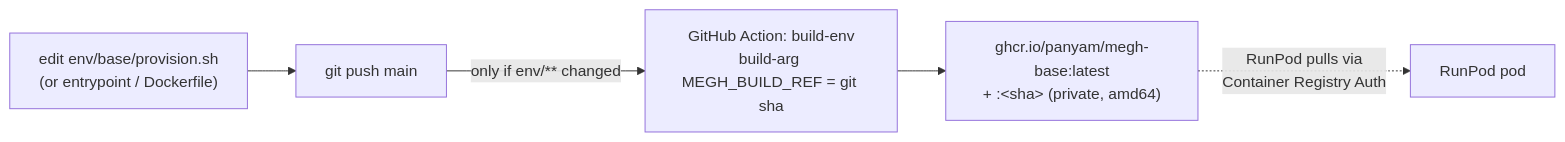
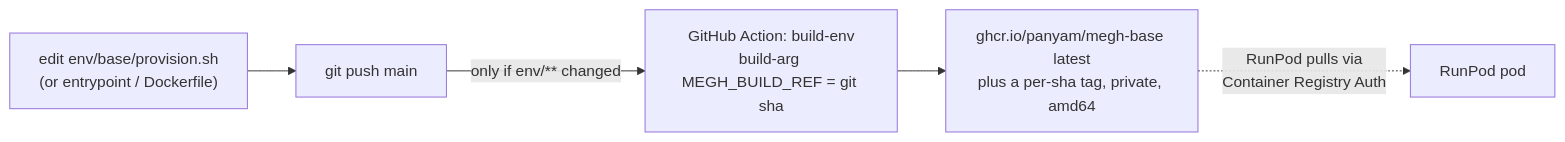
One commit to panyam/megh changed the first of 5 diagrams in docs/LIFECYCLE.md. Above: the diagram before and after it, drawn with Mermaid. The commit also changed other lines of this file, not shown here.

Commit message:
Fix mermaid syntax in LIFECYCLE.md (entities, braces, classDef ordering, br)

````diff
--- a/docs/LIFECYCLE.md
+++ b/docs/LIFECYCLE.md
@@ -12,7 +12,7 @@
 ```mermaid
 flowchart LR
-  edit["edit env/base/provision.sh<br/>(or entrypoint / Dockerfile)"] --> push["git push main"]
-  push -->|"only if env/** changed"| ci["GitHub Action: build-env<br/>build-arg MEGH_BUILD_REF = git sha"]
-  ci --> ghcr["ghcr.io/panyam/megh-base:latest<br/>+ :&lt;sha&gt; (private, amd64)"]
-  ghcr -.->|"RunPod pulls via<br/>Container Registry Auth"| pod["RunPod pod"]
+  edit["edit env/base/provision.sh<br>(or entrypoint / Dockerfile)"] --> push["git push main"]
+  push -->|"only if env/** changed"| ci["GitHub Action: build-env<br>build-arg MEGH_BUILD_REF = git sha"]
+  ci --> ghcr["ghcr.io/panyam/megh-base latest<br>plus a per-sha tag, private, amd64"]
+  ghcr -.->|"RunPod pulls via<br>Container Registry Auth"| pod["RunPod pod"]
 ```
````
